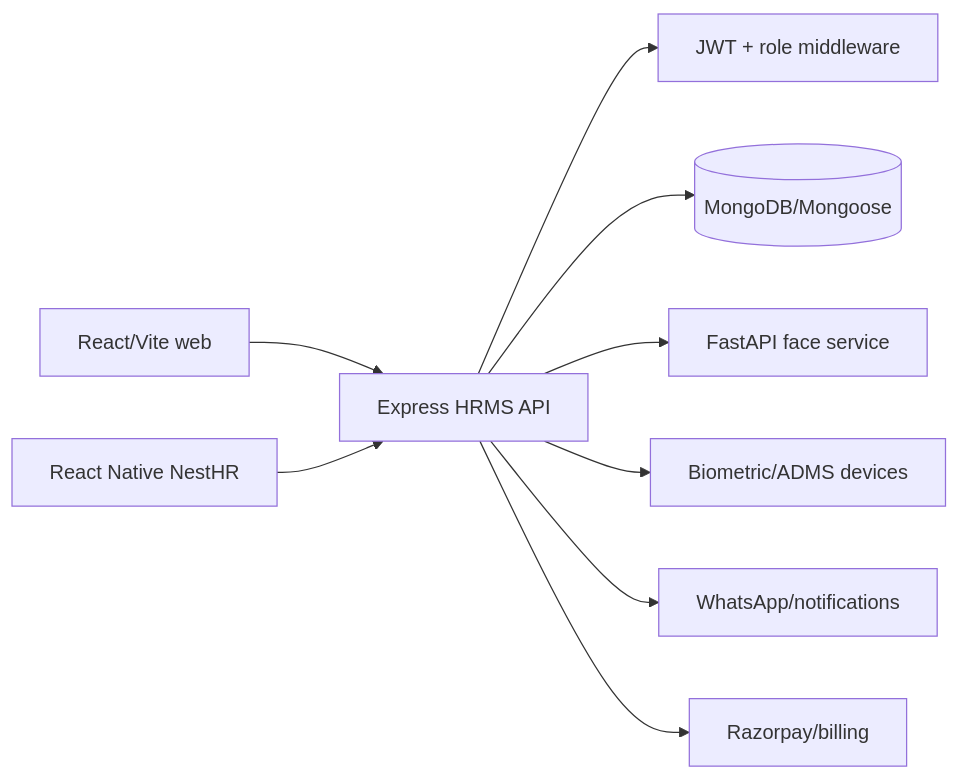
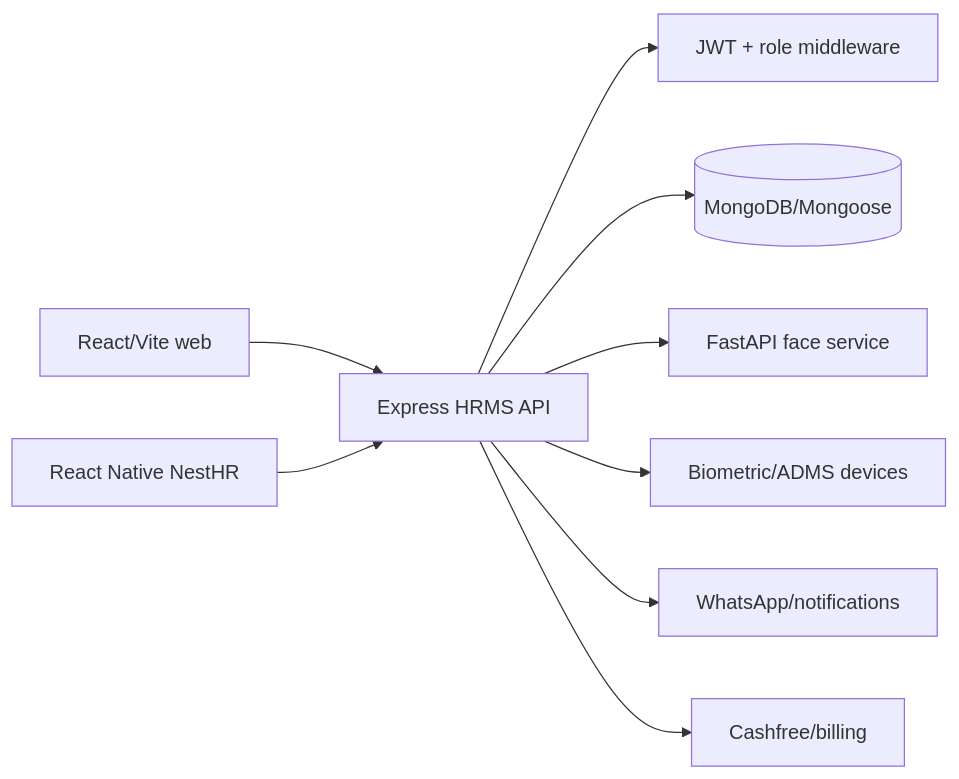
The first of 2 diagrams in docs/architecture.md (labyeye/hrms-pixelate), drawn with Mermaid before and after one commit. The commit also changed 34 other files, not shown here.

Commit message:
Replace Razorpay with Cashfree (credits top-up + subscriptions): backend, web, mobile

````diff
--- a/docs/architecture.md
+++ b/docs/architecture.md
@@ -7,11 +7,11 @@
 ```mermaid
 flowchart LR
   Web[React/Vite web] --> API[Express HRMS API]
   Mobile[React Native NestHR] --> API
   API --> Auth[JWT + role middleware]
   API --> DB[(MongoDB/Mongoose)]
   API --> Face[FastAPI face service]
   API --> Devices[Biometric/ADMS devices]
   API --> WA[WhatsApp/notifications]
-  API --> Pay[Razorpay/billing]
+  API --> Pay[Cashfree/billing]
 ```
````
